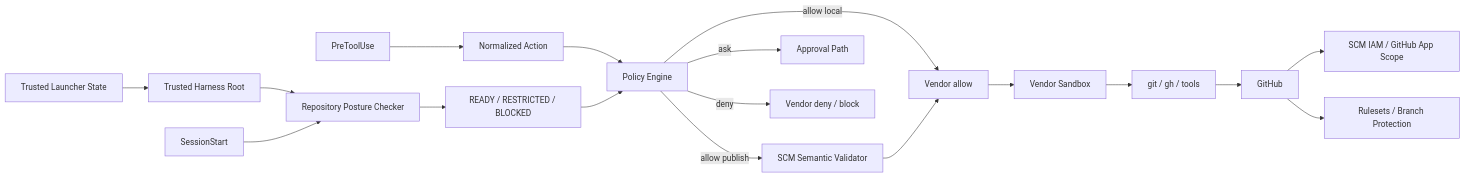
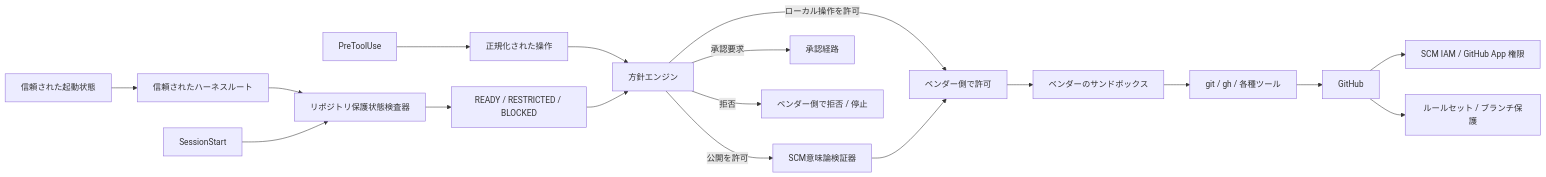
One commit to tomo-chan/agent-harness changed the diagram in docs/ja/06-vendor-harnesses.md. Above: the diagram before and after it, drawn with Mermaid. The commit also changed other lines of this file, not shown here.

````diff
--- a/docs/ja/06-vendor-harnesses.md
+++ b/docs/ja/06-vendor-harnesses.md
@@ -7,20 +9,20 @@
 ```mermaid
 flowchart LR
-    TL[Trusted Launcher State] --> TR[Trusted Harness Root]
-    TR --> RP[Repository Posture Checker]
+    TL[信頼された起動状態] --> TR[信頼されたハーネスルート]
+    TR --> RP[リポジトリ保護状態検査器]
     SS[SessionStart] --> RP
     RP --> ST[READY / RESTRICTED / BLOCKED]
-    PT[PreToolUse] --> N[Normalized Action]
-    N --> P[Policy Engine]
+    PT[PreToolUse] --> N[正規化された操作]
+    N --> P[方針エンジン]
     ST --> P
-    P -->|allow publish| SV[SCM Semantic Validator]
-    P -->|allow local| A[Vendor allow]
-    P -->|ask| Q[Approval Path]
-    P -->|deny| D[Vendor deny / block]
+    P -->|公開を許可| SV[SCM意味論検証器]
+    P -->|ローカル操作を許可| A[ベンダー側で許可]
+    P -->|承認要求| Q[承認経路]
+    P -->|拒否| D[ベンダー側で拒否 / 停止]
     SV --> A
-    A --> S[Vendor Sandbox]
-    S --> T[git / gh / tools]
+    A --> S[ベンダーのサンドボックス]
+    S --> T[git / gh / 各種ツール]
     T --> GH[GitHub]
-    GH --> IAM[SCM IAM / GitHub App Scope]
-    GH --> R[Rulesets / Branch Protection]
+    GH --> IAM[SCM IAM / GitHub App 権限]
+    GH --> R[ルールセット / ブランチ保護]
 ```
````
